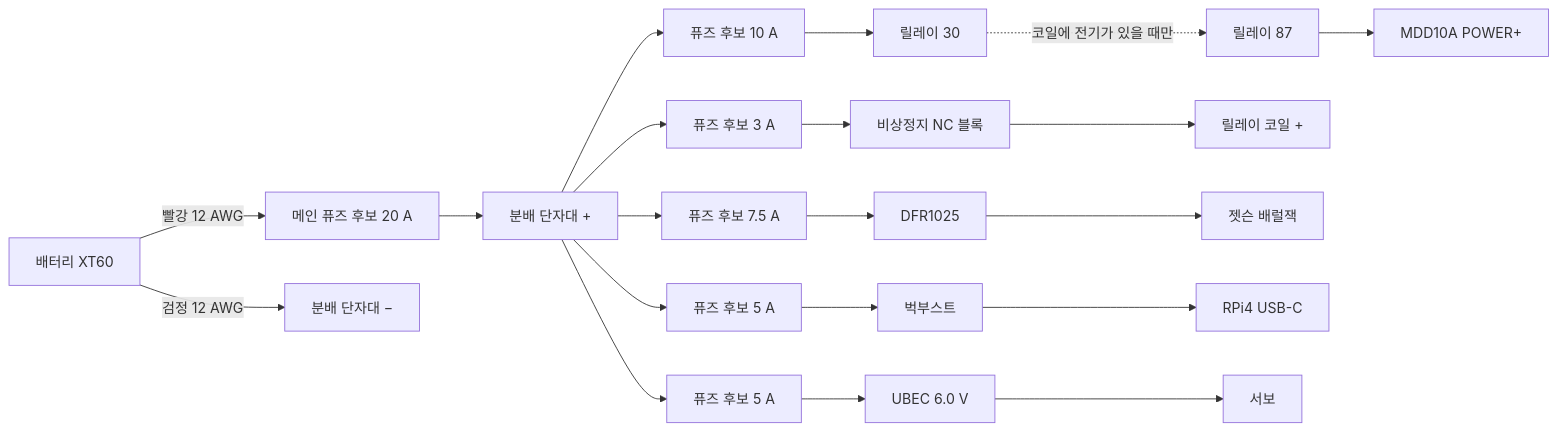
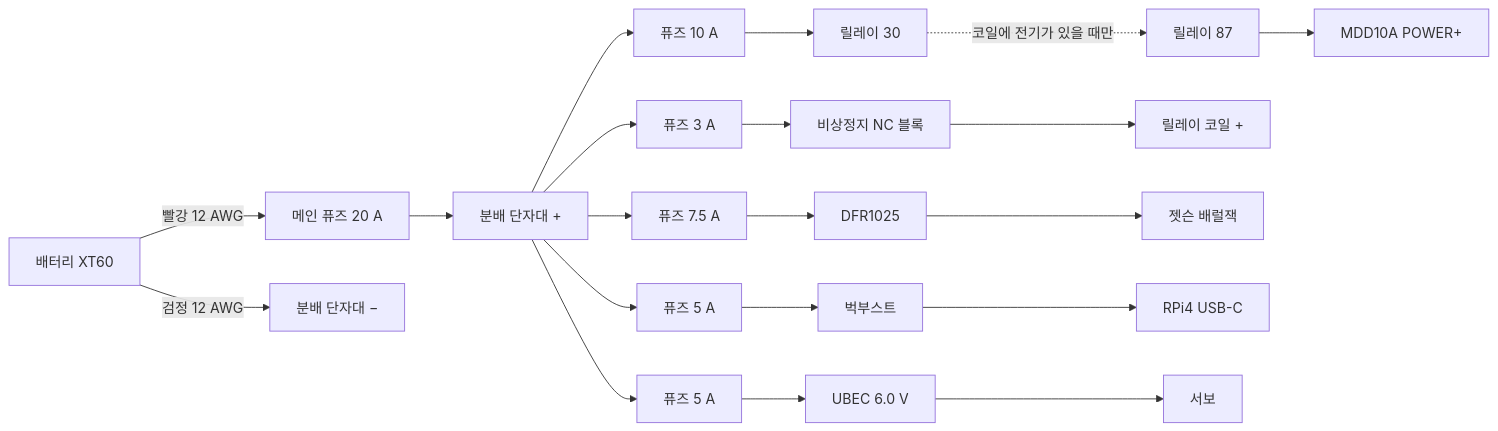
The diagram in docs/vehicle/assembly-guide.md (gbw11/perseus), drawn with Mermaid before and after one commit. The commit also changed other lines of this file, not shown here.

````diff
--- a/docs/vehicle/assembly-guide.md
+++ b/docs/vehicle/assembly-guide.md
@@ -143,11 +143,11 @@
 ```mermaid
 flowchart LR
-    BAT["배터리 XT60"] -->|"빨강 12 AWG"| F0["메인 퓨즈 후보 20 A"] --> BP["분배 단자대 +"]
+    BAT["배터리 XT60"] -->|"빨강 12 AWG"| F0["메인 퓨즈 20 A"] --> BP["분배 단자대 +"]
     BAT -->|"검정 12 AWG"| BN["분배 단자대 −"]
-    BP --> FM["퓨즈 후보 10 A"] --> R30["릴레이 30"]
+    BP --> FM["퓨즈 10 A"] --> R30["릴레이 30"]
     R30 -.->|"코일에 전기가 있을 때만"| R87["릴레이 87"] --> MDD["MDD10A POWER+"]
-    BP --> FC["퓨즈 후보 3 A"] --> ES["비상정지 NC 블록"] --> R86["릴레이 코일 +"]
-    BP --> FJ["퓨즈 후보 7.5 A"] --> DFR["DFR1025"] --> JET["젯슨 배럴잭"]
-    BP --> FR["퓨즈 후보 5 A"] --> BB["벅부스트"] --> RPI["RPi4 USB-C"]
-    BP --> FS["퓨즈 후보 5 A"] --> UB["UBEC 6.0 V"] --> SV["서보"]
+    BP --> FC["퓨즈 3 A"] --> ES["비상정지 NC 블록"] --> R86["릴레이 코일 +"]
+    BP --> FJ["퓨즈 7.5 A"] --> DFR["DFR1025"] --> JET["젯슨 배럴잭"]
+    BP --> FR["퓨즈 5 A"] --> BB["벅부스트"] --> RPI["RPi4 USB-C"]
+    BP --> FS["퓨즈 5 A"] --> UB["UBEC 6.0 V"] --> SV["서보"]
 ```
````
